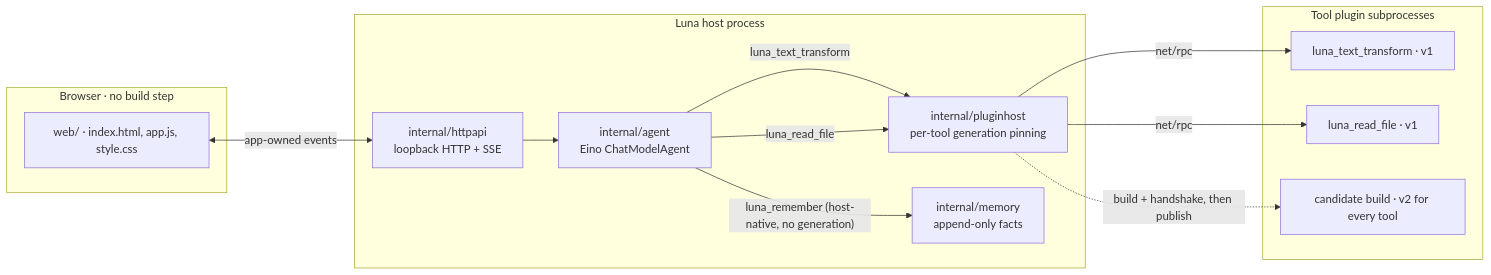
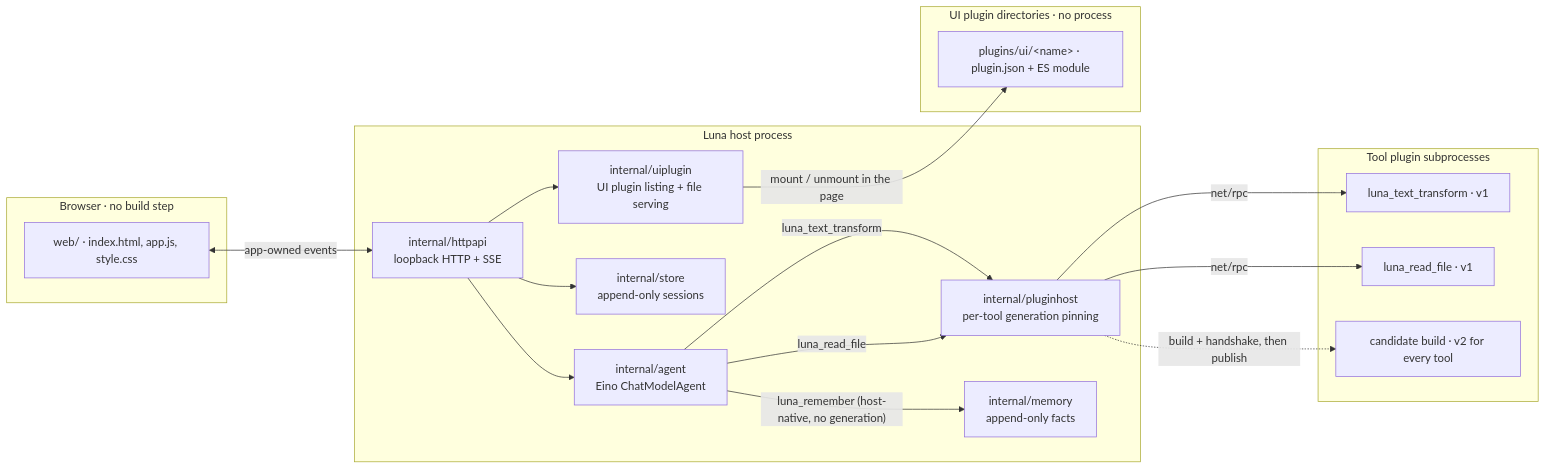
Before and after one commit to Qaraku/luna-agent: the diagram in README.md, drawn with Mermaid. The commit also changed other lines of this file and 1 other file, not shown here.

````diff
--- a/README.md
+++ b/README.md
@@ -13,28 +13,37 @@
 ```mermaid
 flowchart LR
     subgraph Browser["Browser · no build step"]
         UI["web/ · index.html, app.js, style.css"]
     end
 
     subgraph Host["Luna host process"]
         API["internal/httpapi<br/>loopback HTTP + SSE"]
         Agent["internal/agent<br/>Eino ChatModelAgent"]
         PH["internal/pluginhost<br/>per-tool generation pinning"]
         Mem["internal/memory<br/>append-only facts"]
+        Store["internal/store<br/>append-only sessions"]
+        UIP["internal/uiplugin<br/>UI plugin listing + file serving"]
     end
 
     subgraph Plugins["Tool plugin subprocesses"]
         T1["luna_text_transform · v1"]
         R1["luna_read_file · v1"]
         C["candidate build · v2 for every tool"]
     end
 
+    subgraph UIPlugins["UI plugin directories · no process"]
+        UIPlug["plugins/ui/&lt;name&gt; · plugin.json + ES module"]
+    end
+
     UI <-->|"app-owned events"| API
     API --> Agent
+    API --> Store
+    API --> UIP
     Agent -->|"luna_remember (host-native, no generation)"| Mem
     Agent -->|"luna_text_transform"| PH
     Agent -->|"luna_read_file"| PH
     PH -->|"net/rpc"| T1
     PH -->|"net/rpc"| R1
     PH -.->|"build + handshake, then publish"| C
+    UIP -->|"mount / unmount in the page"| UIPlug
 ```
````
